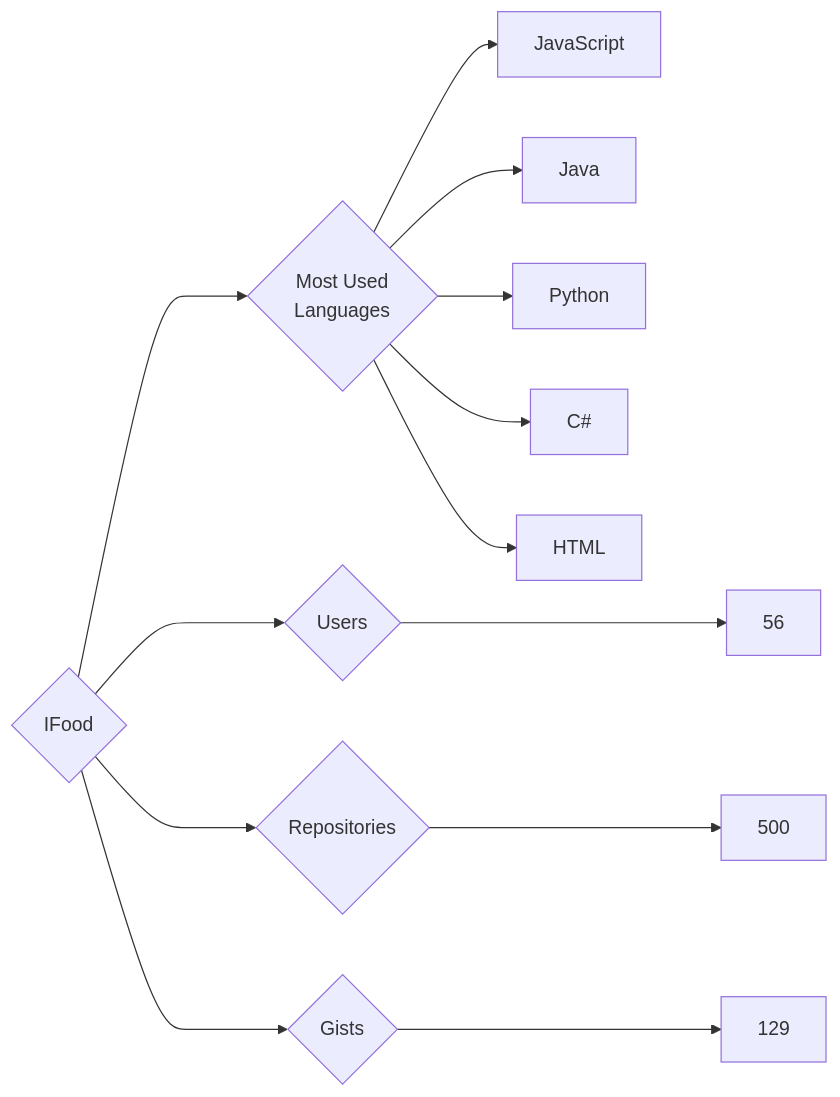
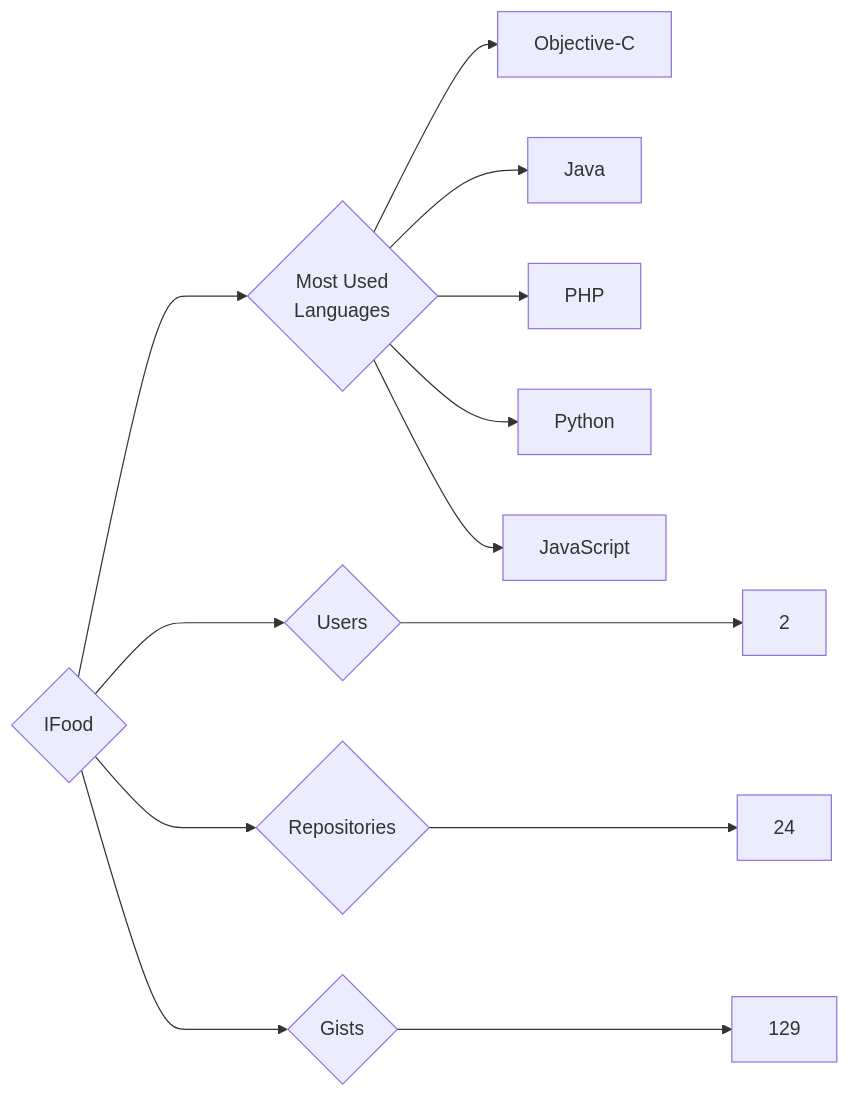
One commit to trickest/insiders changed the diagram in targets/IFood/README.md. Above: the diagram before and after it, drawn with Mermaid. The commit also changed 714 other files, not shown here.

````diff
--- a/targets/IFood/README.md
+++ b/targets/IFood/README.md
@@ -3,13 +3,13 @@
 ```mermaid
 graph LR
 COMPANY_NAME{IFood}
-COMPANY_NAME ---> U{Users} ---> UN[56]
-COMPANY_NAME ---> R{Repositories} ---> RN[500]
+COMPANY_NAME ---> U{Users} ---> UN[2]
+COMPANY_NAME ---> R{Repositories} ---> RN[24]
 COMPANY_NAME ---> G{Gists} ---> GN[129]
 COMPANY_NAME ---> ML{Most Used<br>Languages}
+ML --> Objective-C[Objective-C]
+ML --> Java[Java]
+ML --> PHP[PHP]
+ML --> Python[Python]
 ML --> JavaScript[JavaScript]
-ML --> Java[Java]
-ML --> Python[Python]
-ML --> C#[C#]
-ML --> HTML[HTML]
 ```
````
